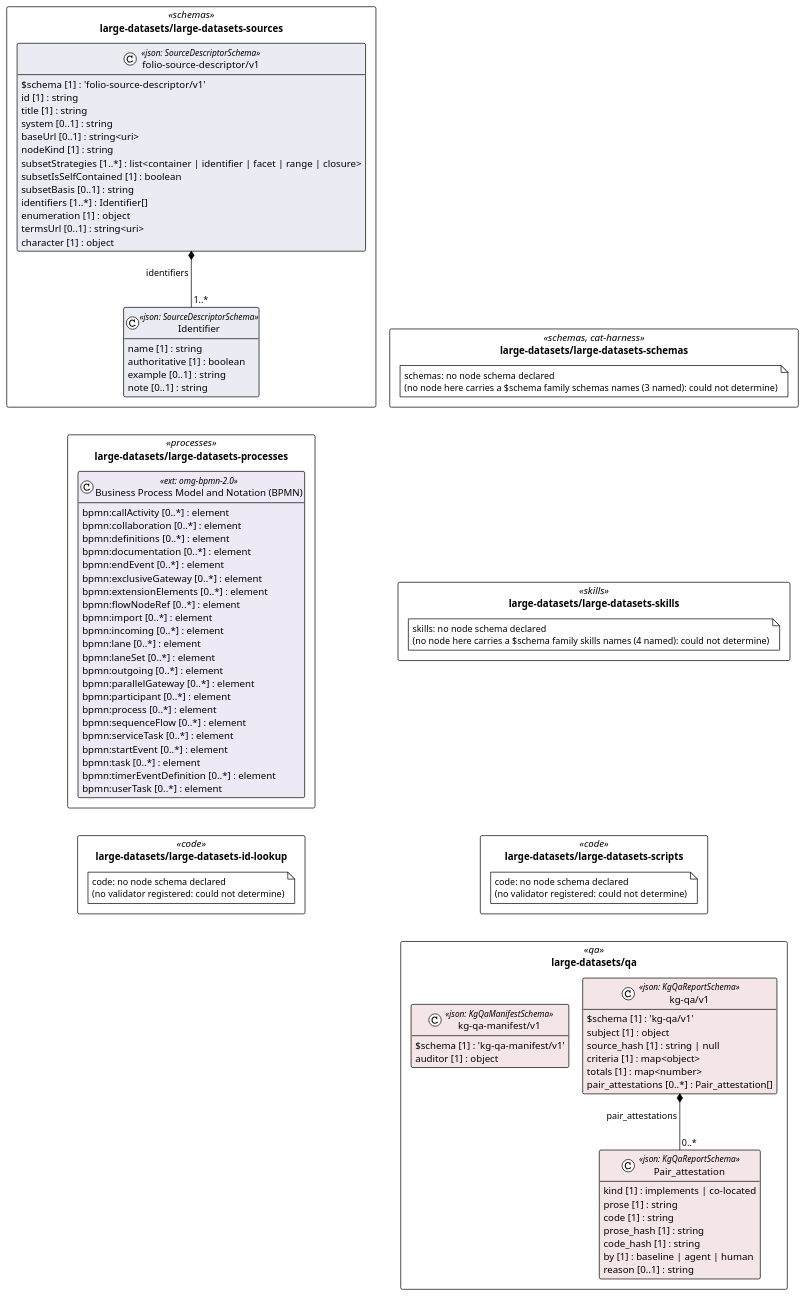
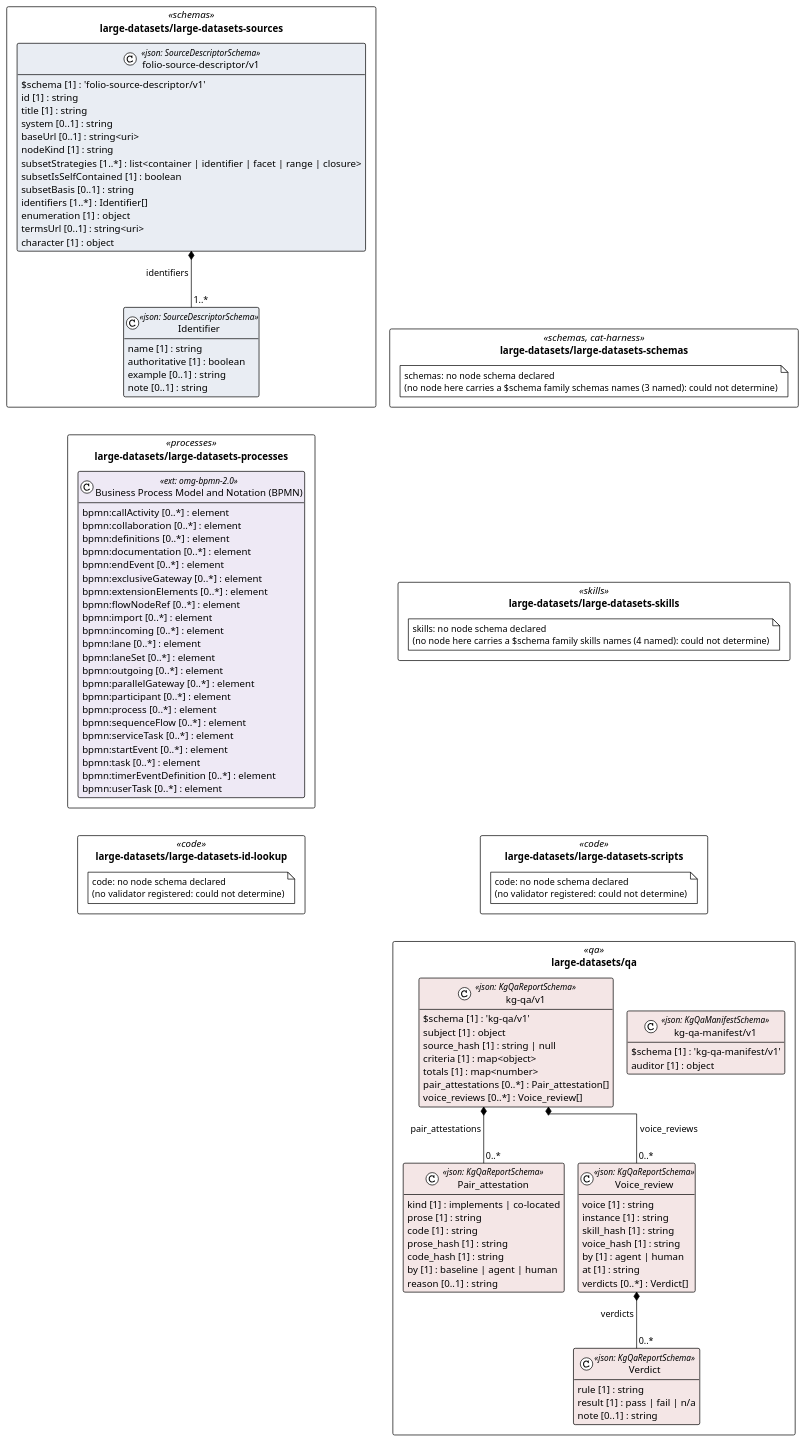
One commit to litlfred/folio-assistant changed the diagram in cat-harness/uml/overview/large-datasets.puml. Above: the diagram before and after it, drawn with PlantUML. The commit also changed 56 other files, not shown here.

```diff
--- a/cat-harness/uml/overview/large-datasets.puml
+++ b/cat-harness/uml/overview/large-datasets.puml
@@ -3,102 +3,119 @@
 @startuml large_datasets
 !pragma layout elk
 !theme plain
 skinparam classAttributeIconSize 0
 skinparam shadowing false
 skinparam packageStyle rectangle
 hide empty methods
 
 package "large-datasets/large-datasets-schemas" as pkg_large_datasets_large_datasets_schemas <<schemas, cat-harness>> {
   note "schemas: no node schema declared\n(no node here carries a $schema family schemas names (3 named): could not determine)" as n_large_datasets_large_datasets_schemas_schemas
 }
 package "large-datasets/large-datasets-sources" as pkg_large_datasets_large_datasets_sources <<schemas>> {
   class "Identifier" as large_datasets_large_datasets_sources_folio_source_descriptor_v1_Identifier <<json: SourceDescriptorSchema>> #e9edf3 {
     name [1] : string
     authoritative [1] : boolean
     example [0..1] : string
     note [0..1] : string
   }
   class "folio-source-descriptor/v1" as large_datasets_large_datasets_sources_folio_source_descriptor_v1_folio_source_descriptor_v1 <<json: SourceDescriptorSchema>> #e9edf3 {
     $schema [1] : 'folio-source-descriptor/v1'
     id [1] : string
     title [1] : string
     system [0..1] : string
     baseUrl [0..1] : string<uri>
     nodeKind [1] : string
     subsetStrategies [1..*] : list<container | identifier | facet | range | closure>
     subsetIsSelfContained [1] : boolean
     subsetBasis [0..1] : string
     identifiers [1..*] : Identifier[]
     enumeration [1] : object
     termsUrl [0..1] : string<uri>
     character [1] : object
   }
 }
 package "large-datasets/large-datasets-skills" as pkg_large_datasets_large_datasets_skills <<skills>> {
   note "skills: no node schema declared\n(no node here carries a $schema family skills names (4 named): could not determine)" as n_large_datasets_large_datasets_skills_skills
 }
 package "large-datasets/large-datasets-processes" as pkg_large_datasets_large_datasets_processes <<processes>> {
   class "Business Process Model and Notation (BPMN)" as large_datasets_large_datasets_processes_omg_bpmn_2_0 <<ext: omg-bpmn-2.0>> #eee9f5 {
     bpmn:callActivity [0..*] : element
     bpmn:collaboration [0..*] : element
     bpmn:definitions [0..*] : element
     bpmn:documentation [0..*] : element
     bpmn:endEvent [0..*] : element
     bpmn:exclusiveGateway [0..*] : element
     bpmn:extensionElements [0..*] : element
     bpmn:flowNodeRef [0..*] : element
     bpmn:import [0..*] : element
     bpmn:incoming [0..*] : element
     bpmn:lane [0..*] : element
     bpmn:laneSet [0..*] : element
     bpmn:outgoing [0..*] : element
     bpmn:parallelGateway [0..*] : element
     bpmn:participant [0..*] : element
     bpmn:process [0..*] : element
     bpmn:sequenceFlow [0..*] : element
     bpmn:serviceTask [0..*] : element
     bpmn:startEvent [0..*] : element
     bpmn:task [0..*] : element
     bpmn:timerEventDefinition [0..*] : element
     bpmn:userTask [0..*] : element
   }
 }
 package "large-datasets/large-datasets-scripts" as pkg_large_datasets_large_datasets_scripts <<code>> {
   note "code: no node schema declared\n(no validator registered: could not determine)" as n_large_datasets_large_datasets_scripts_code
 }
 package "large-datasets/large-datasets-id-lookup" as pkg_large_datasets_large_datasets_id_lookup <<code>> {
   note "code: no node schema declared\n(no validator registered: could not determine)" as n_large_datasets_large_datasets_id_lookup_code
 }
 package "large-datasets/qa" as pkg_large_datasets_qa <<qa>> {
   class "Pair_attestation" as large_datasets_qa_kg_qa_v1_Pair_attestation <<json: KgQaReportSchema>> #f4e6e6 {
     kind [1] : implements | co-located
     prose [1] : string
     code [1] : string
     prose_hash [1] : string
     code_hash [1] : string
     by [1] : baseline | agent | human
     reason [0..1] : string
   }
+  class "Verdict" as large_datasets_qa_kg_qa_v1_Verdict <<json: KgQaReportSchema>> #f4e6e6 {
+    rule [1] : string
+    result [1] : pass | fail | n/a
+    note [0..1] : string
+  }
+  class "Voice_review" as large_datasets_qa_kg_qa_v1_Voice_review <<json: KgQaReportSchema>> #f4e6e6 {
+    voice [1] : string
+    instance [1] : string
+    skill_hash [1] : string
+    voice_hash [1] : string
+    by [1] : agent | human
+    at [1] : string
+    verdicts [0..*] : Verdict[]
+  }
   class "kg-qa/v1" as large_datasets_qa_kg_qa_v1_kg_qa_v1 <<json: KgQaReportSchema>> #f4e6e6 {
     $schema [1] : 'kg-qa/v1'
     subject [1] : object
     source_hash [1] : string | null
     criteria [1] : map<object>
     totals [1] : map<number>
     pair_attestations [0..*] : Pair_attestation[]
+    voice_reviews [0..*] : Voice_review[]
   }
   class "kg-qa-manifest/v1" as large_datasets_qa_kg_qa_manifest_v1_kg_qa_manifest_v1 <<json: KgQaManifestSchema>> #f4e6e6 {
     $schema [1] : 'kg-qa-manifest/v1'
     auditor [1] : object
   }
 }
 
 large_datasets_large_datasets_sources_folio_source_descriptor_v1_folio_source_descriptor_v1 *-- "1..*" large_datasets_large_datasets_sources_folio_source_descriptor_v1_Identifier : identifiers
 large_datasets_qa_kg_qa_v1_kg_qa_v1 *-- "0..*" large_datasets_qa_kg_qa_v1_Pair_attestation : pair_attestations
+large_datasets_qa_kg_qa_v1_Voice_review *-- "0..*" large_datasets_qa_kg_qa_v1_Verdict : verdicts
+large_datasets_qa_kg_qa_v1_kg_qa_v1 *-- "0..*" large_datasets_qa_kg_qa_v1_Voice_review : voice_reviews
 ' grid: portrait, 2 column(s) — pkg_large_datasets_large_datasets_schemas pkg_large_datasets_large_datasets_sources pkg_large_datasets_large_datasets_skills pkg_large_datasets_large_datasets_processes pkg_large_datasets_large_datasets_scripts pkg_large_datasets_large_datasets_id_lookup pkg_large_datasets_qa
 pkg_large_datasets_large_datasets_schemas -[hidden]down- pkg_large_datasets_large_datasets_skills
 pkg_large_datasets_large_datasets_sources -[hidden]down- pkg_large_datasets_large_datasets_processes
 pkg_large_datasets_large_datasets_skills -[hidden]down- pkg_large_datasets_large_datasets_scripts
 pkg_large_datasets_large_datasets_processes -[hidden]down- pkg_large_datasets_large_datasets_id_lookup
 pkg_large_datasets_large_datasets_scripts -[hidden]down- pkg_large_datasets_qa
 @enduml
```
